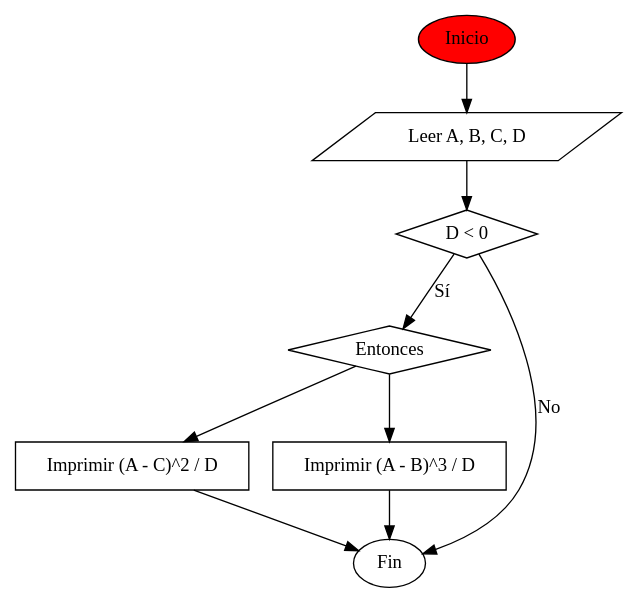
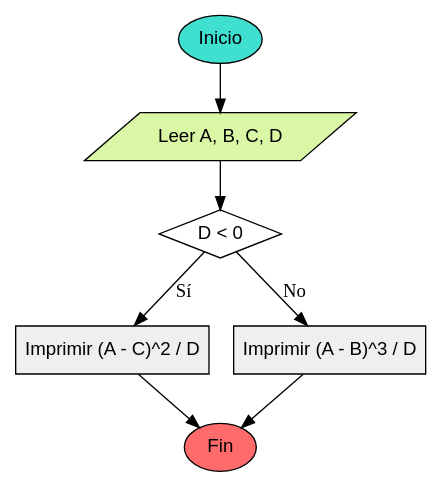
One commit to 23Leilany166/java-tutor-tics changed the diagram in Ejercicios/PS 2.5-20251024T004600Z-1-001/PS 2.5/Diagrama/PS_2_5.dot. Above: the diagram before and after it, drawn with Graphviz. The commit also changed 170 other files, not shown here.

```diff
--- a/Ejercicios/PS 2.5-20251024T004600Z-1-001/PS 2.5/Diagrama/PS_2_5.dot
+++ b/Ejercicios/PS 2.5-20251024T004600Z-1-001/PS 2.5/Diagrama/PS_2_5.dot
@@ -1,41 +1,66 @@
 digraph Calculo_Expresiones {
-  Inicio [
-    shape=ellipse,
-    label="Inicio", 
-    fillcolor="#FF0000", 
-    style="filled"
-  ];
-  Leer_datos [
-    shape=parallelogram,
-    label="Leer A, B, C, D"
-  ];
-  Calcular_expresion1 [
-    shape=diamond,
-    label="D < 0"
-  ];
-  Calcular_expresion2 [
-    shape=diamond,
-    label="Entonces"
-  ];
-  Imprimir_resultado1 [
-    shape=box,
-    label="Imprimir (A - C)^2 / D"
-  ];
-  Imprimir_resultado2 [
-    shape=box,
-    label="Imprimir (A - B)^3 / D"
-  ];
-  Fin [
-    shape=ellipse,
-    label="Fin"
-  ];
+    
+    // --- Configuración de Nodos ---
+    node [fontname="Arial"];
 
-  Inicio -> Leer_datos;
-  Leer_datos -> Calcular_expresion1;
-  Calcular_expresion1 -> Calcular_expresion2 [label="Sí"];
-  Calcular_expresion2 -> Imprimir_resultado1 ;
-  Calcular_expresion2 -> Imprimir_resultado2 ;
-  Calcular_expresion1 -> Fin [label="No"] ;
-  Imprimir_resultado1 -> Fin;
-  Imprimir_resultado2 -> Fin;
+    Inicio [
+        shape=ellipse,
+        label="Inicio", 
+        fillcolor="#40e0d0", /* Color de inicio (verde) */
+        style="filled"
+    ];
+    
+    Leer_datos [
+        shape=parallelogram,
+        label="Leer A, B, C, D",
+        fillcolor="#DAF7A6", /* Color de E/S (verde claro) */
+        style="filled"
+    ];
+    
+    Condicion_D [
+        shape=diamond,
+        label="D < 0",
+        fillcolor="#FFFFFF", /* Color de condición (blanco) */
+        style="filled"
+    ];
+    
+    Imprimir_resultado1 [
+        shape=box,
+        label="Imprimir (A - C)^2 / D",
+        fillcolor="#EFEFEF", /* Color de proceso (gris claro) */
+        style="filled"
+    ];
+    
+    Imprimir_resultado2 [
+        shape=box,
+        label="Imprimir (A - B)^3 / D",
+        fillcolor="#EFEFEF",
+        style="filled"
+    ];
+    
+    Fin [
+        shape=ellipse,
+        label="Fin",
+        fillcolor="#FF6B6B", /* Color de fin (rojo) */
+        style="filled"
+    ];
+
+    // --- Flujo Lógico Corregido ---
+    
+    // 1. Inicio
+    Inicio -> Leer_datos;
+    
+    // 2. Leer datos
+    Leer_datos -> Condicion_D;
+    
+    // 3. Condición IF-ELSE
+    // Si D < 0 es "Sí", va al primer resultado
+    Condicion_D -> Imprimir_resultado1 [label="Sí"];
+    
+    // Si D < 0 es "No", va al segundo resultado
+    Condicion_D -> Imprimir_resultado2 [label="No"];
+    
+    // 4. Los dos caminos se unen en el final
+    Imprimir_resultado1 -> Fin;
+    Imprimir_resultado2 -> Fin;
 }
```
